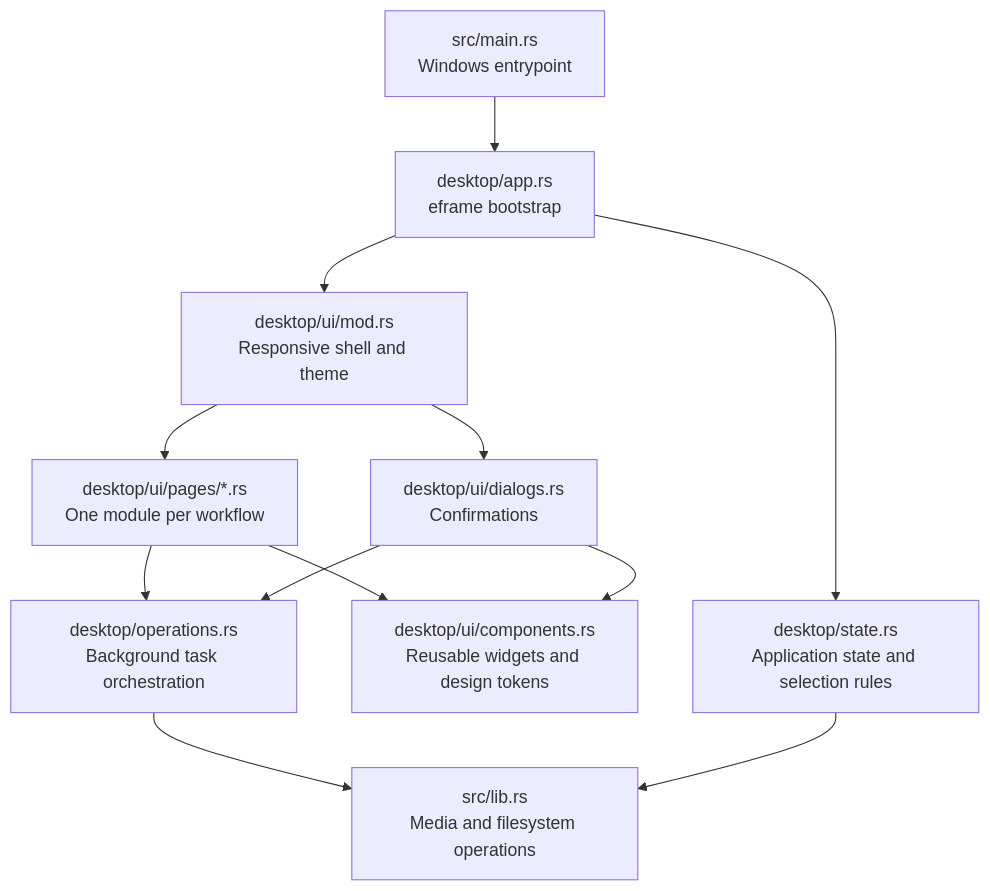
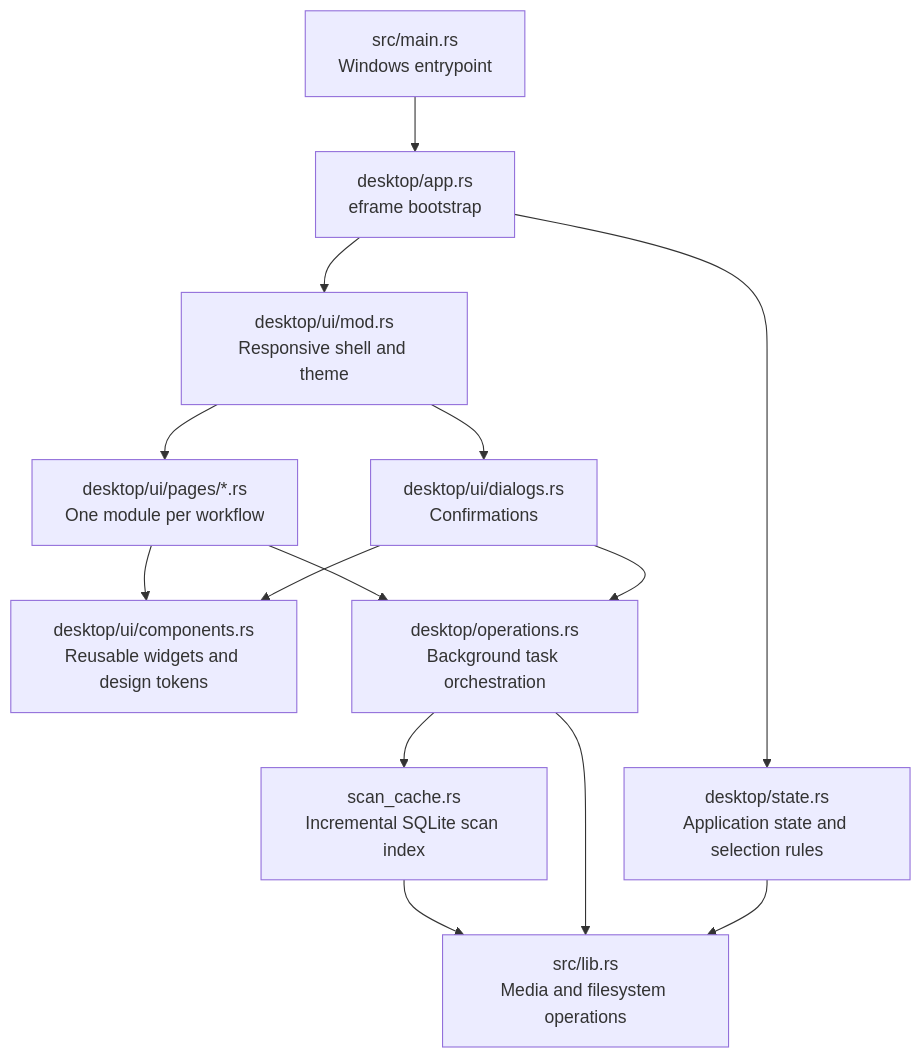
Before and after one commit to MustacheMushroom/ImagePySort: the diagram in doc/ARCHITECTURE.md, drawn with Mermaid. The commit also changed other lines of this file and 12 other files, not shown here.

Commit message:
feat: add incremental duplicate scan cache

````diff
--- a/doc/ARCHITECTURE.md
+++ b/doc/ARCHITECTURE.md
@@ -8,14 +8,16 @@
 ```mermaid
 flowchart TD
     main["src/main.rs<br/>Windows entrypoint"] --> desktop["desktop/app.rs<br/>eframe bootstrap"]
     desktop --> state["desktop/state.rs<br/>Application state and selection rules"]
     desktop --> shell["desktop/ui/mod.rs<br/>Responsive shell and theme"]
     shell --> pages["desktop/ui/pages/*.rs<br/>One module per workflow"]
     shell --> dialogs["desktop/ui/dialogs.rs<br/>Confirmations"]
     pages --> components["desktop/ui/components.rs<br/>Reusable widgets and design tokens"]
     dialogs --> components
     pages --> operations["desktop/operations.rs<br/>Background task orchestration"]
     dialogs --> operations
+    operations --> cache["scan_cache.rs<br/>Incremental SQLite scan index"]
+    cache --> core
     operations --> core["src/lib.rs<br/>Media and filesystem operations"]
     state --> core
 ```
````
